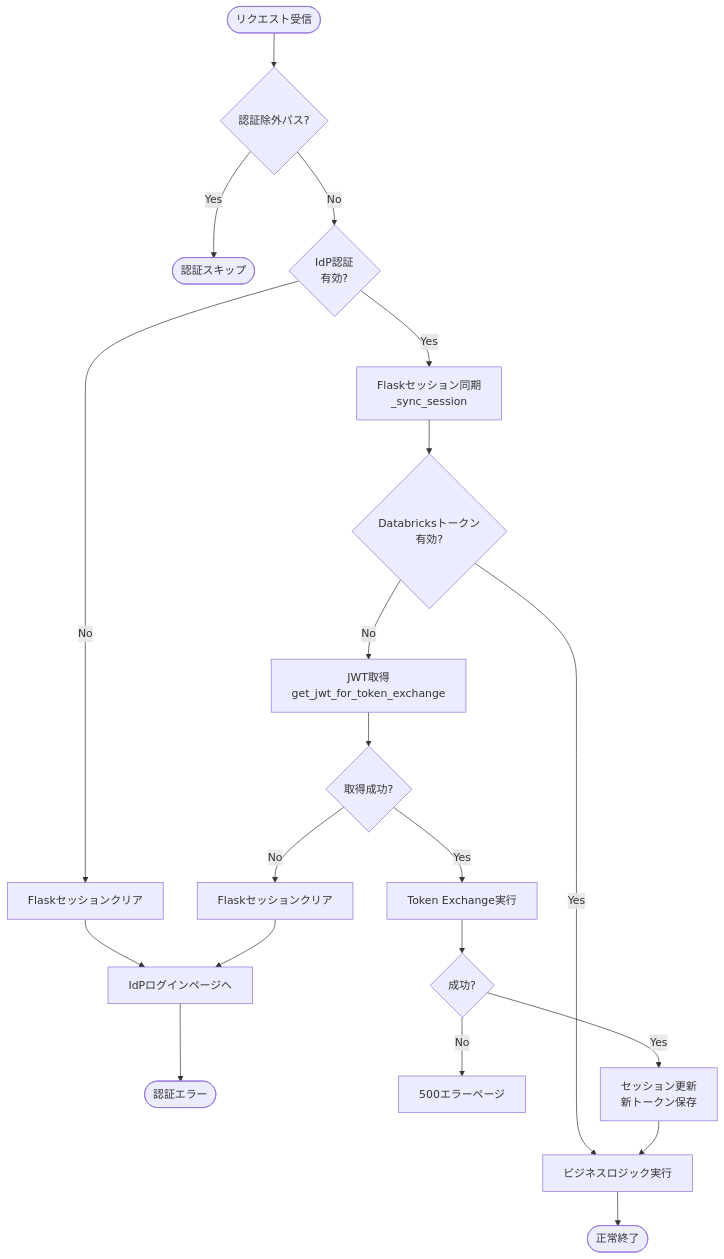
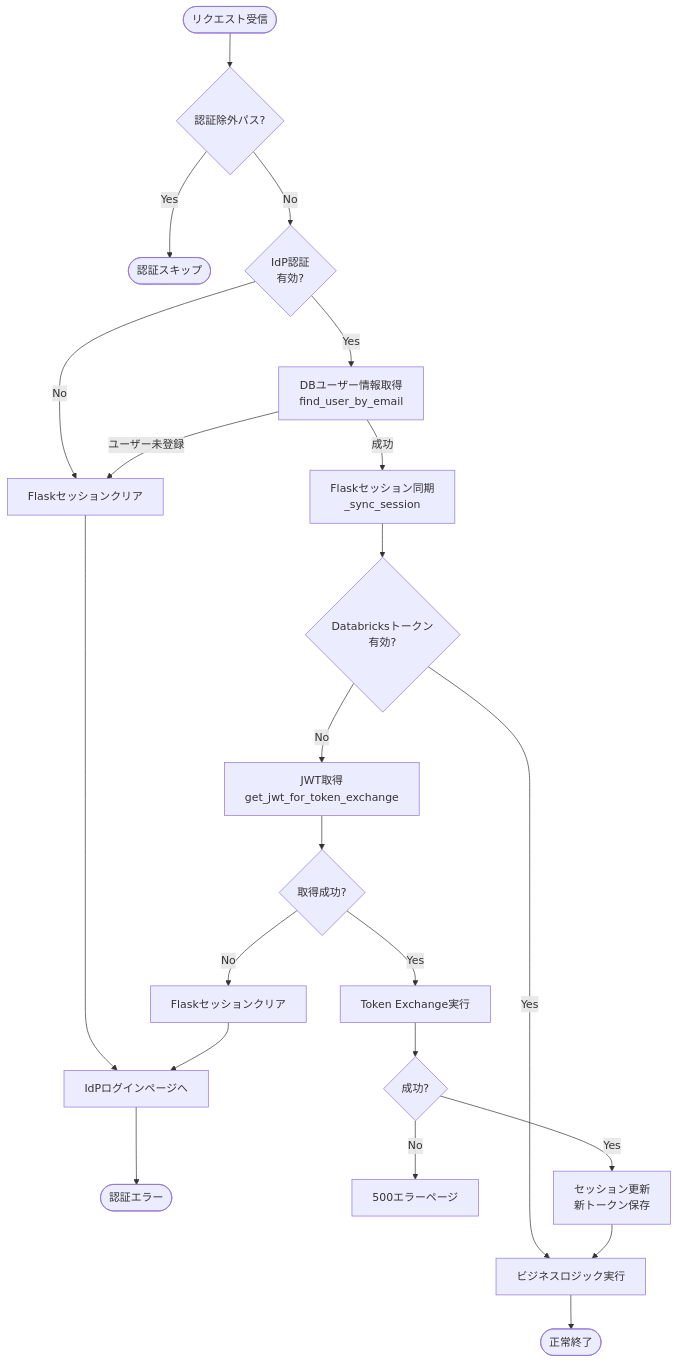
Before and after one commit to NSW-SVCP-AIWG002/Databricks-IoT: the first of 4 diagrams in docs/03-features/common/authentication-specification.md, drawn with Mermaid. The commit also changed other lines of this file and 10 other files, not shown here.

````diff
--- a/docs/03-features/common/authentication-specification.md
+++ b/docs/03-features/common/authentication-specification.md
@@ -217,32 +220,34 @@
 ```mermaid
 flowchart TD
     Start([リクエスト受信]) --> CheckExcluded{認証除外パス?}
 
     CheckExcluded -->|Yes| End0([認証スキップ])
 
     CheckExcluded -->|No| CheckIdP{IdP認証<br>有効?}
 
     CheckIdP -->|No| ClearSession1[Flaskセッションクリア]
     ClearSession1 --> RedirectLogin[IdPログインページへ]
     RedirectLogin --> End1([認証エラー])
 
-    CheckIdP -->|Yes| SyncSession[Flaskセッション同期<br>_sync_session]
+    CheckIdP -->|Yes| LookupUser[DBユーザー情報取得<br>find_user_by_email]
+    LookupUser -->|ユーザー未登録| ClearSession1
+    LookupUser -->|成功| SyncSession[Flaskセッション同期<br>_sync_session]
     SyncSession --> CheckDBToken{Databricksトークン<br>有効?}
 
     CheckDBToken -->|Yes| Execute[ビジネスロジック実行]
     Execute --> End3([正常終了])
 
     CheckDBToken -->|No| GetJWT[JWT取得<br>get_jwt_for_token_exchange]
 
     GetJWT --> CheckJWT{取得成功?}
 
     CheckJWT -->|No| ClearSession2[Flaskセッションクリア]
     ClearSession2 --> RedirectLogin
 
     CheckJWT -->|Yes| TokenExchange[Token Exchange実行]
 
     TokenExchange --> CheckTE{成功?}
     CheckTE -->|No| Error500[500エラーページ]
     CheckTE -->|Yes| UpdateSession[セッション更新<br>新トークン保存]
     UpdateSession --> Execute
 ```
````
